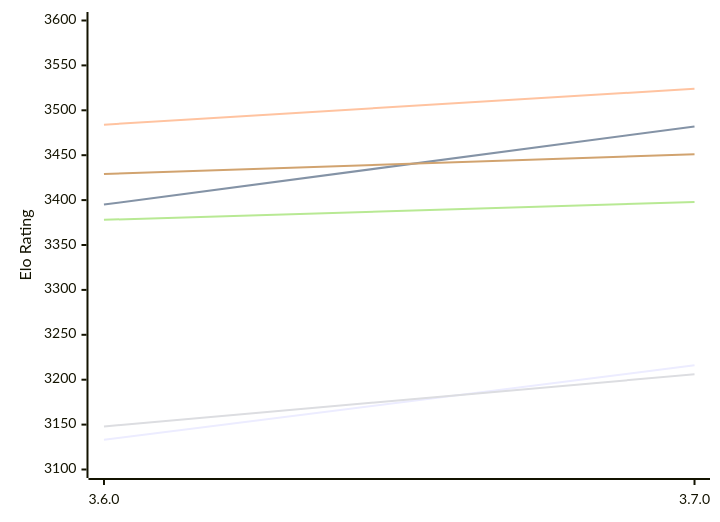
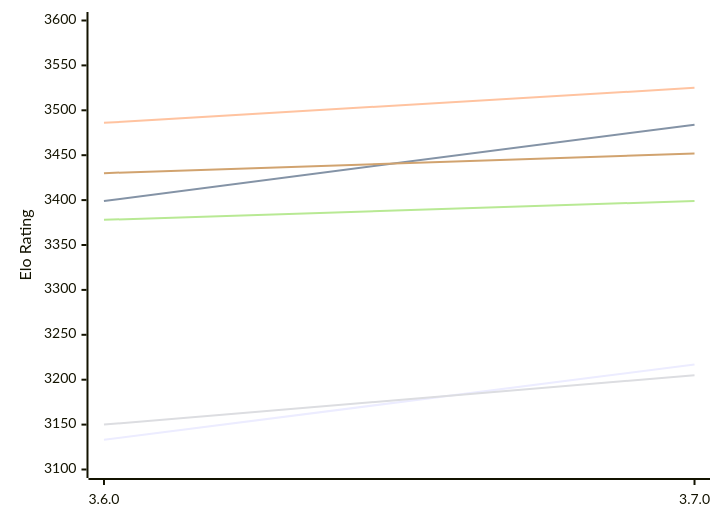
Before and after one commit to computer-chess-index/cci: the diagram in engines/Simplechess.md, drawn with Mermaid. The commit also changed other lines of this file, not shown here.

Commit message:
Update CCI Ratings (ELO VLTC) - 2026-11-17

````diff
--- a/engines/Simplechess.md
+++ b/engines/Simplechess.md
@@ -49,12 +49,12 @@
 ```mermaid
 %%{init: {"theme":"base","themeVariables":{"seriesColors:['#a3a3a3','#222221','#faa371']}}}%%
 xychart-beta
   x-axis ["3.6.0", "3.7.0"]
   y-axis "Elo Rating" 3100 --> 3600
-  line "E1: STC (8.0+0.08s)" [3133, 3216]
-  line "E1: LTC (60.0+0.60s)" [3395, 3482]
-  line "E1: VLTC (2m24s+1.12s)" [3484, 3524]
-  line "P1: STC (8.0+0.08s)" [3148, 3206]
-  line "P1: LTC (60.0+0.60s)" [3378, 3398]
-  line "P1: VLTC (2m24s+1.12s)" [3429, 3451]
+  line "E1: STC (8.0+0.08s)" [3133, 3217]
+  line "E1: LTC (60.0+0.60s)" [3399, 3484]
+  line "E1: VLTC (2m24s+1.12s)" [3486, 3525]
+  line "P1: STC (8.0+0.08s)" [3150, 3205]
+  line "P1: LTC (60.0+0.60s)" [3378, 3399]
+  line "P1: VLTC (2m24s+1.12s)" [3430, 3452]
 ```
````
